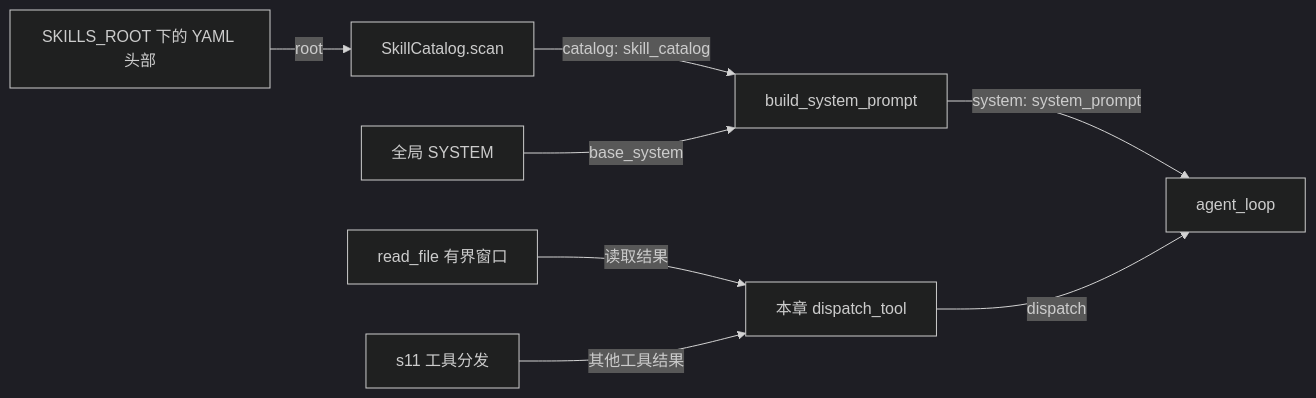
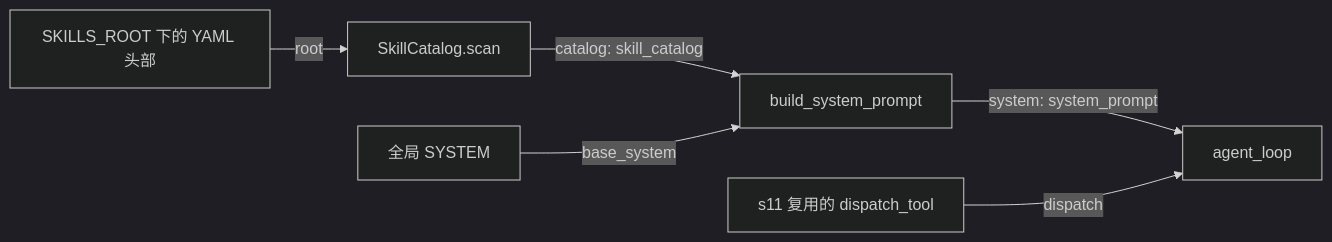
The second of 2 diagrams in s12_skill_loading/README.md (liuying151203-create/zero2pi), drawn with Mermaid (dark theme) before and after one commit. The commit also changed other lines of this file and 24 other files, not shown here.

````diff
--- a/s12_skill_loading/README.md
+++ b/s12_skill_loading/README.md
@@ -49,10 +47,8 @@
 ```mermaid
 flowchart LR
     A[SKILLS_ROOT 下的 YAML 头部] -->|root| B[SkillCatalog.scan]
     B -->|catalog: skill_catalog| C[build_system_prompt]
     D[全局 SYSTEM] -->|base_system| C
     C -->|system: system_prompt| E[agent_loop]
-    F[本章 dispatch_tool] -->|dispatch| E
-    G[read_file 有界窗口] -->|读取结果| F
-    H[s11 工具分发] -->|其他工具结果| F
+    F[s11 复用的 dispatch_tool] -->|dispatch| E
 ```
````
